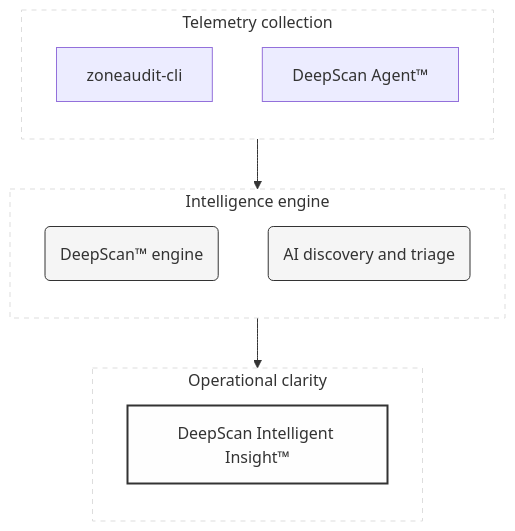
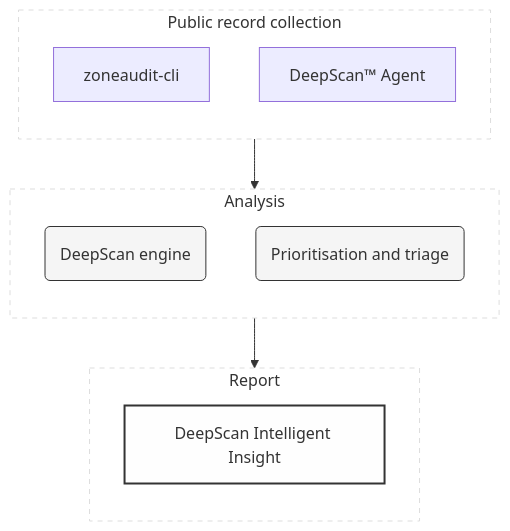
One commit to ZoneAudit/.github changed the diagram in profile/README.md. Above: the diagram before and after it, drawn with Mermaid. The commit also changed other lines of this file and 4 other files, not shown here.

````diff
--- a/profile/README.md
+++ b/profile/README.md
@@ -37,30 +39,30 @@
 ```mermaid
 graph TD
-    subgraph collection [Telemetry collection]
+    subgraph collection [Public record collection]
         direction TB
         A[zoneaudit-cli]
-        B[DeepScan Agent™]
+        B[DeepScan™ Agent]
     end
 
-    subgraph engine [Intelligence engine]
+    subgraph engine [Analysis]
         direction TB
-        E(DeepScan™ engine)
-        F(AI discovery and triage)
+        E(DeepScan engine)
+        F(Prioritisation and triage)
     end
 
-    subgraph output [Operational clarity]
+    subgraph output [Report]
         direction TB
-        G[DeepScan Intelligent Insight™]
+        G[DeepScan Intelligent Insight]
     end
 
     collection --> engine
     engine --> output
 
     %% Styling
     style G fill:#fefefe,stroke:#333,stroke-width:2px
     style E fill:#f5f5f5,stroke:#333
     style F fill:#f5f5f5,stroke:#333
     style collection fill:none,stroke:#ddd,stroke-dasharray: 5 5
     style engine fill:none,stroke:#ddd,stroke-dasharray: 5 5
     style output fill:none,stroke:#ddd,stroke-dasharray: 5 5
 ```
````
